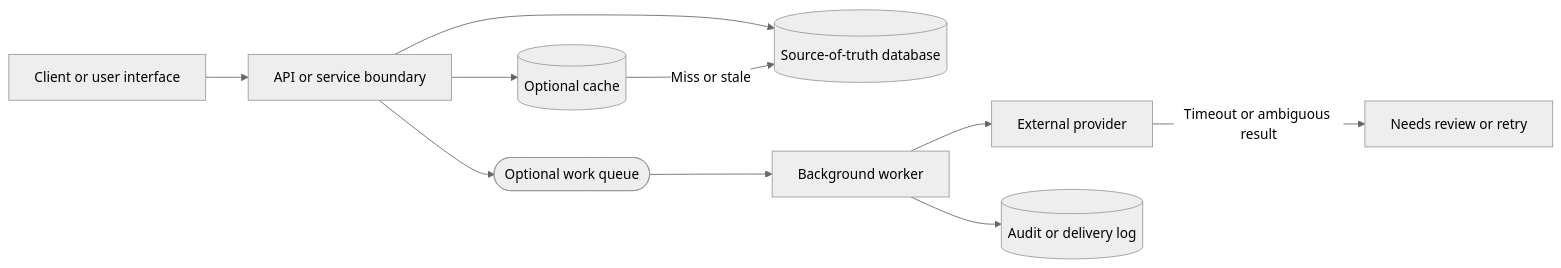
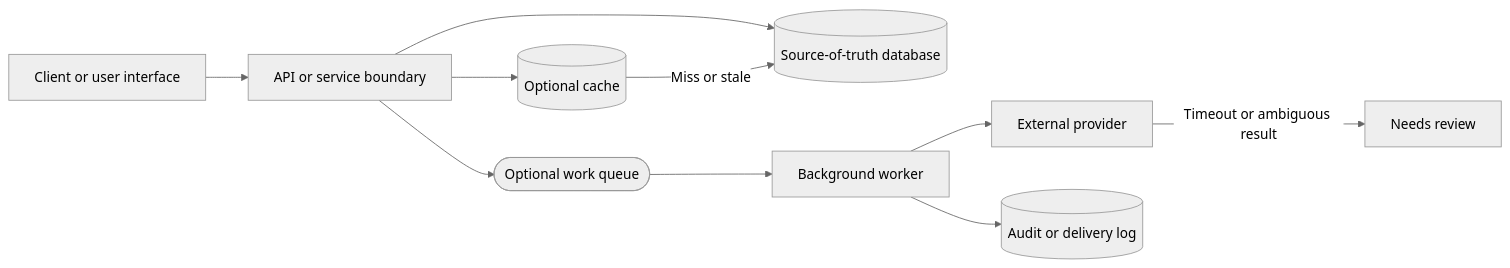
One commit to LeonSilva15/system-design changed the diagram in templates/architecture-diagram-template.md. Above: the diagram before and after it, drawn with Mermaid (neutral theme). The commit also changed 1 other file, not shown here.

Commit message:
docs(templates): SDC-E13-T04 clarify architecture template guidance

````diff
--- a/templates/architecture-diagram-template.md
+++ b/templates/architecture-diagram-template.md
@@ -20,24 +20,32 @@
 ```mermaid
 flowchart LR
     %% Rename nodes to match the page's concrete scenario.
     %% Delete optional nodes that do not affect the decision.
     Client[Client or user interface] --> Api[API or service boundary]
+
+    %% Add a subgraph when trust, ownership, region, or tenant boundaries matter.
+    %% Example:
+    %% subgraph Internal[Internal system]
+    %%     Api
+    %%     PrimaryDb
+    %% end
 
     %% Source-of-truth data should be labeled explicitly.
     Api --> PrimaryDb[(Source-of-truth database)]
 
     %% Include caches only when freshness or load is part of the decision.
     Api --> Cache[(Optional cache)]
     Cache -->|Miss or stale| PrimaryDb
 
     %% Include queues when async work, retries, or isolation matter.
     Api --> Queue([Optional work queue])
     Queue --> Worker[Background worker]
 
     %% External systems should be named by provider role, not logo or product.
     Worker --> Provider[External provider]
 
     %% Show failure paths when they change the design.
-    Provider -->|Timeout or ambiguous result| NeedsReview[Needs review or retry]
+    %% Pick one concrete recovery state when adapting this placeholder.
+    Provider -->|Timeout or ambiguous result| NeedsReview[Needs review]
     Worker --> AuditDb[(Audit or delivery log)]
 ```
````
